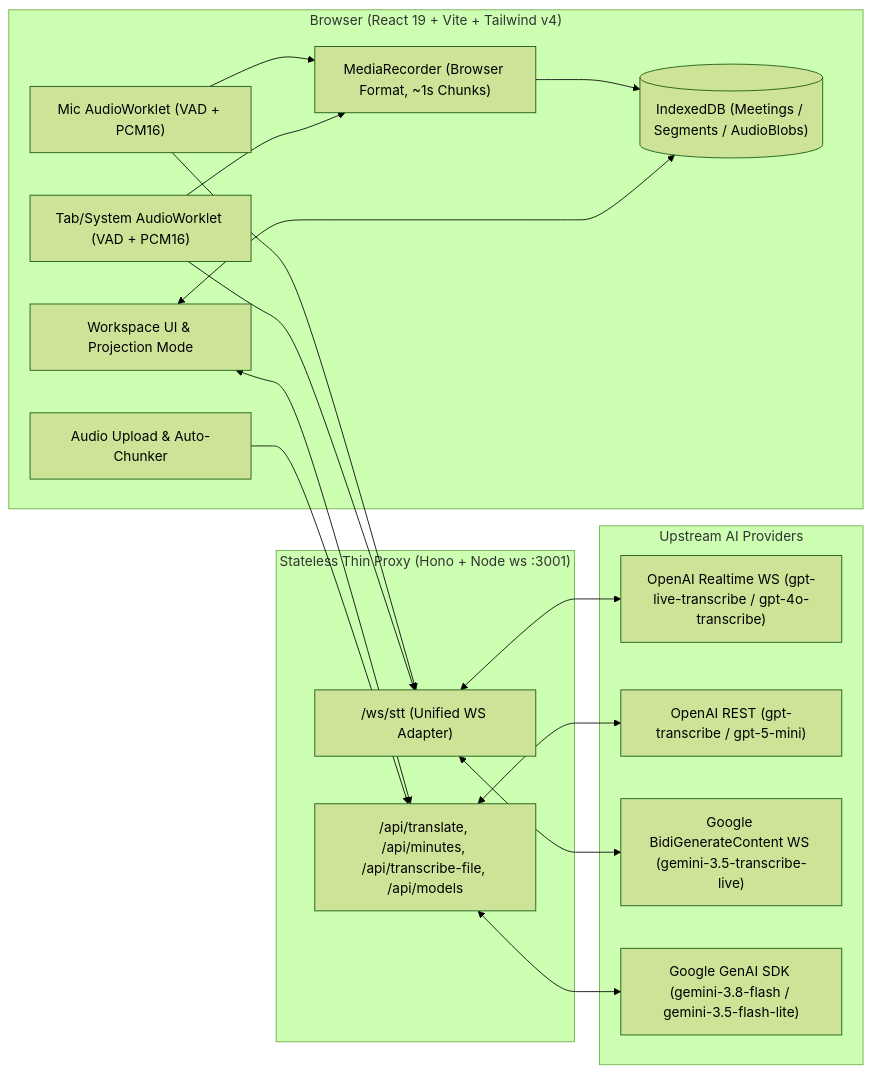
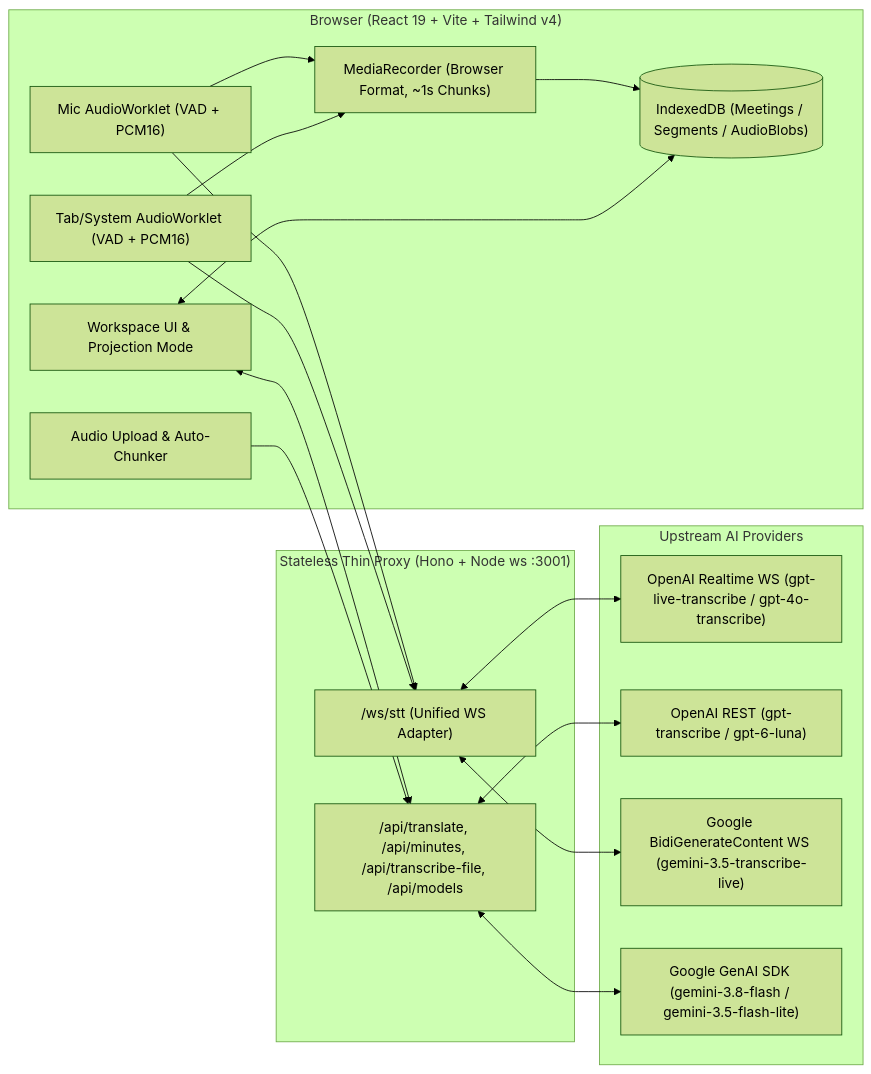
Before and after one commit to elliot75/PolyMeet: the diagram in PLAN.md, drawn with Mermaid (forest theme). The commit also changed other lines of this file and 7 other files, not shown here.

````diff
--- a/PLAN.md
+++ b/PLAN.md
@@ -16,35 +16,35 @@
 ```mermaid
 flowchart LR
     subgraph Browser["Browser (React 19 + Vite + Tailwind v4)"]
         UI["Workspace UI & Projection Mode"]
         Mic["Mic AudioWorklet (VAD + PCM16)"]
         Sys["Tab/System AudioWorklet (VAD + PCM16)"]
         Rec["MediaRecorder (Browser Format, ~1s Chunks)"]
         IDB[("IndexedDB (Meetings / Segments / AudioBlobs)")]
         FileUp["Audio Upload & Auto-Chunker"]
     end
 
     subgraph Proxy["Stateless Thin Proxy (Hono + Node ws :3001)"]
         WS["/ws/stt (Unified WS Adapter)"]
         REST["/api/translate, /api/minutes, /api/transcribe-file, /api/models"]
     end
 
     subgraph Providers["Upstream AI Providers"]
         OAI_RT["OpenAI Realtime WS (gpt-live-transcribe / gpt-4o-transcribe)"]
-        OAI_API["OpenAI REST (gpt-transcribe / gpt-5-mini)"]
+        OAI_API["OpenAI REST (gpt-transcribe / gpt-6-luna)"]
         GEM_RT["Google BidiGenerateContent WS (gemini-3.5-transcribe-live)"]
         GEM_API["Google GenAI SDK (gemini-3.8-flash / gemini-3.5-flash-lite)"]
     end
 
     Mic --> WS
     Sys --> WS
     Mic --> Rec --> IDB
     Sys --> Rec
     UI <--> IDB
     UI <--> REST
     FileUp --> REST
     WS <--> OAI_RT
     WS <--> GEM_RT
     REST <--> OAI_API
     REST <--> GEM_API
 ```
````
